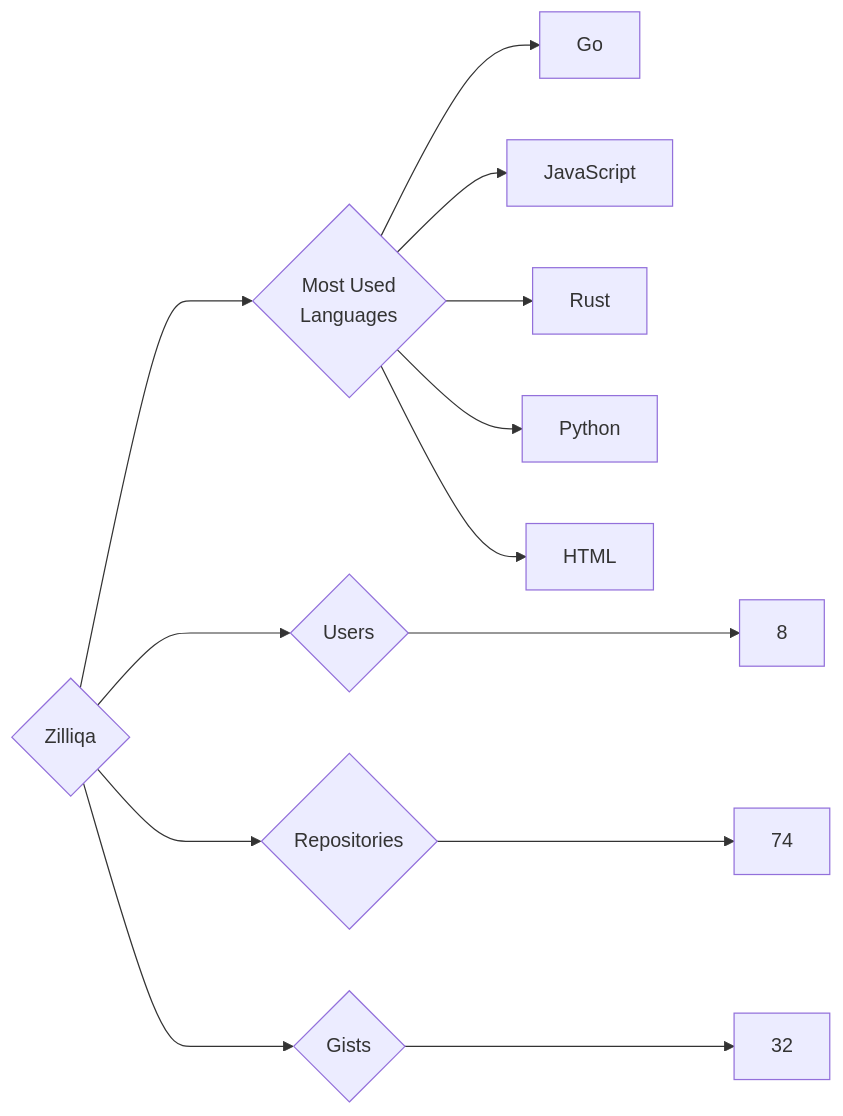
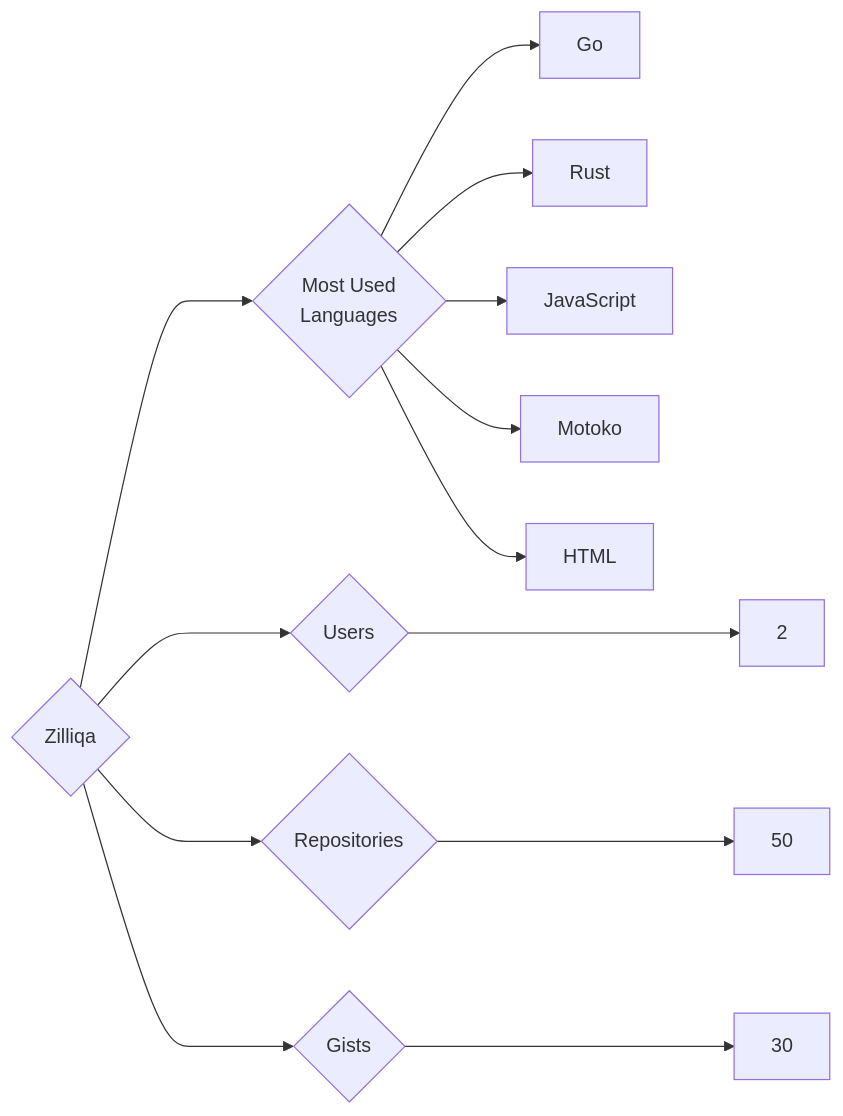
One commit to trickest/insiders changed the diagram in targets/Zilliqa/README.md. Above: the diagram before and after it, drawn with Mermaid. The commit also changed 886 other files, not shown here.

````diff
--- a/targets/Zilliqa/README.md
+++ b/targets/Zilliqa/README.md
@@ -3,13 +3,13 @@
 ```mermaid
 graph LR
 COMPANY_NAME{Zilliqa}
-COMPANY_NAME ---> U{Users} ---> UN[8]
-COMPANY_NAME ---> R{Repositories} ---> RN[74]
-COMPANY_NAME ---> G{Gists} ---> GN[32]
+COMPANY_NAME ---> U{Users} ---> UN[2]
+COMPANY_NAME ---> R{Repositories} ---> RN[50]
+COMPANY_NAME ---> G{Gists} ---> GN[30]
 COMPANY_NAME ---> ML{Most Used<br>Languages}
 ML --> Go[Go]
+ML --> Rust[Rust]
 ML --> JavaScript[JavaScript]
-ML --> Rust[Rust]
-ML --> Python[Python]
+ML --> Motoko[Motoko]
 ML --> HTML[HTML]
 ```
````
